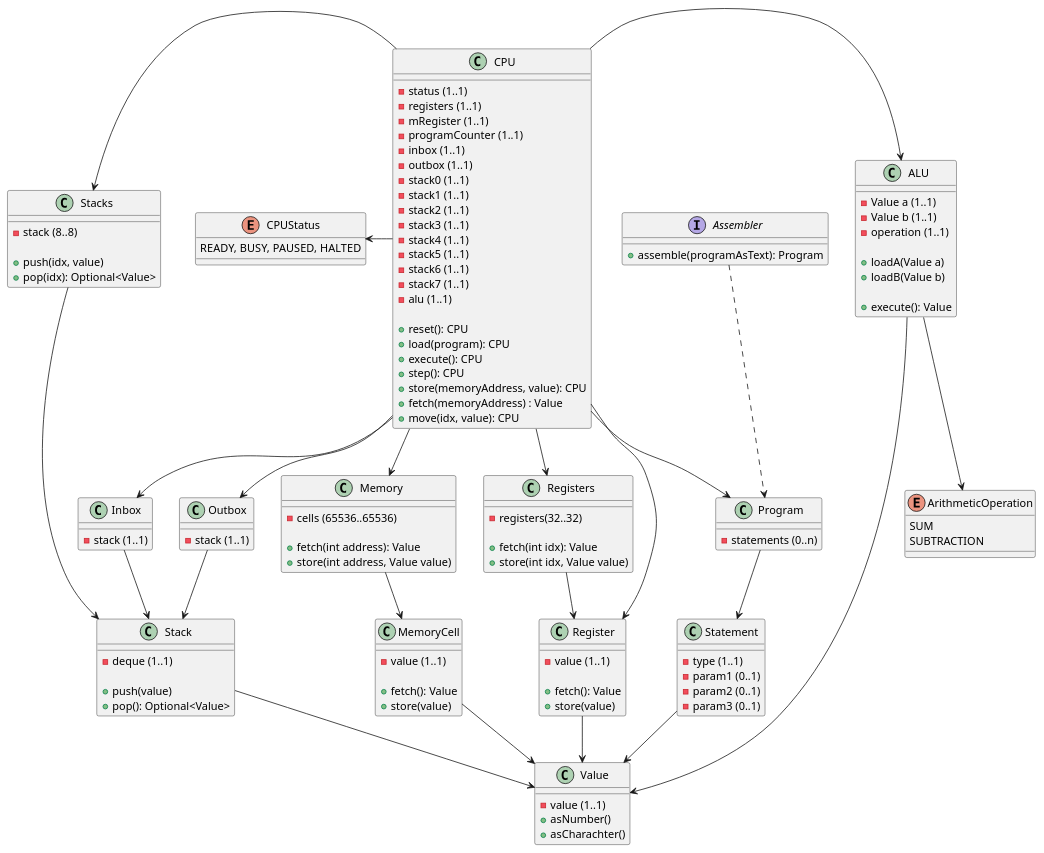
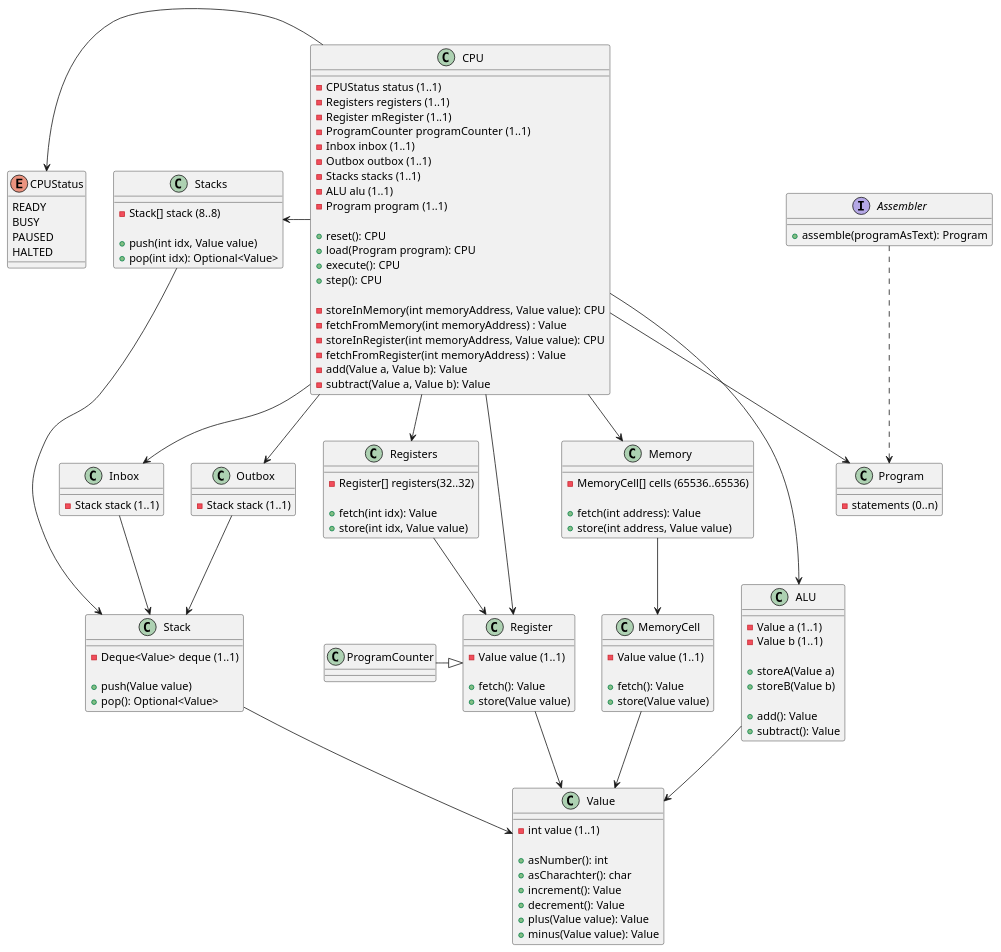
One commit to TristanoSuriani/HRM-assembly changed the diagram in docs/ClassDiagramCPU.puml. Above: the diagram before and after it, drawn with PlantUML. The commit also changed 8 other files, not shown here.

Commit message:
updated model. Implemented ALU, Inbox, Outbox, ProgramCounter and CPU. Added functionality to Value.

```diff
--- a/docs/ClassDiagramCPU.puml
+++ b/docs/ClassDiagramCPU.puml
@@ -1,144 +1,139 @@
 @startuml
 
 class Register {
-  -value (1..1)
+  -Value value (1..1)
 
   +fetch(): Value
-   +store(value)
+  +store(Value value)
+}
+
+class ProgramCounter {
 }
 
 class Registers {
-  -registers(32..32)
+  -Register[] registers(32..32)
 
   +fetch(int idx): Value
   +store(int idx, Value value)
 }
 
 class Inbox {
-  -stack (1..1)
+  -Stack stack (1..1)
 }
 
 class Stacks {
-  -stack (8..8)
+  -Stack[] stack (8..8)
 
-  +push(idx, value)
-  +pop(idx): Optional<Value>
+  +push(int idx, Value value)
+  +pop(int idx): Optional<Value>
 }
 
 class Stack {
-  -deque (1..1)
+  -Deque<Value> deque (1..1)
 
-  +push(value)
+  +push(Value value)
   +pop(): Optional<Value>
 }
 
 class Outbox
 {
-  -stack (1..1)
+  -Stack stack (1..1)
 }
 
 class ALU {
   -Value a (1..1)
   -Value b (1..1)
-  -operation (1..1)
 
-  +loadA(Value a)
-  +loadB(Value b)
+  +storeA(Value a)
+  +storeB(Value b)
 
-  +execute(): Value
-}
-
-enum ArithmeticOperation {
-  SUM
-  SUBTRACTION
+  +add(): Value
+  +subtract(): Value
 }
 
 class Memory {
-  -cells (65536..65536)
+  -MemoryCell[] cells (65536..65536)
 
   +fetch(int address): Value
   +store(int address, Value value)
 }
 
 class MemoryCell {
- -value (1..1)
+ -Value value (1..1)
 
  +fetch(): Value
- +store(value)
+ +store(Value value)
 }
 
 class Value {
-  -value (1..1)
-  +asNumber()
-  +asCharachter()
+  -int value (1..1)
+
+  +asNumber(): int
+  +asCharachter(): char
+  +increment(): Value
+  +decrement(): Value
+  +plus(Value value): Value
+  +minus(Value value): Value
 }
 
 class CPU {
-  -status (1..1)
-  -registers (1..1)
-  -mRegister (1..1)
-  -programCounter (1..1)
-  -inbox (1..1)
-  -outbox (1..1)
-  -stack0 (1..1)
-  -stack1 (1..1)
-  -stack2 (1..1)
-  -stack3 (1..1)
-  -stack4 (1..1)
-  -stack5 (1..1)
-  -stack6 (1..1)
-  -stack7 (1..1)
-  -alu (1..1)
+  -CPUStatus status (1..1)
+  -Registers registers (1..1)
+  -Register mRegister (1..1)
+  -ProgramCounter programCounter (1..1)
+  -Inbox inbox (1..1)
+  -Outbox outbox (1..1)
+  -Stacks stacks (1..1)
+  -ALU alu (1..1)
+  -Program program (1..1)
 
   +reset(): CPU
-  +load(program): CPU
+  +load(Program program): CPU
   +execute(): CPU
   +step(): CPU
-  +store(memoryAddress, value): CPU
-  +fetch(memoryAddress) : Value
-  +move(idx, value): CPU
+
+  -storeInMemory(int memoryAddress, Value value): CPU
+  -fetchFromMemory(int memoryAddress) : Value
+  -storeInRegister(int memoryAddress, Value value): CPU
+  -fetchFromRegister(int memoryAddress) : Value
+  -add(Value a, Value b): Value
+  -subtract(Value a, Value b): Value
 }
 
 enum CPUStatus {
-  READY, BUSY, PAUSED, HALTED
+  READY
+  BUSY
+  PAUSED
+  HALTED
 }
 
 class Program {
   -statements (0..n)
-}
-
-class Statement {
-  -type (1..1)
-  -param1 (0..1)
-  -param2 (0..1)
-  -param3 (0..1)
 }
 
 interface Assembler {
   +assemble(programAsText): Program
 }
 
 CPU -down-> Registers
 CPU -down-> Register
 CPU -down-> Inbox
 CPU -down-> Outbox
 CPU -right-> ALU
 CPU -down-> Memory
 CPU -left-> Stacks
 CPU -down-> Program
 CPU -left-> CPUStatus
 Memory -down-> MemoryCell
 Registers -down-> Register
 MemoryCell -down-> Value
 Register -down-> Value
 Inbox -down-> Stack
 Outbox -down-> Stack
 Stacks -down-> Stack
 Stack -down-> Value
 ALU -down-> Value
-ALU -down-> ArithmeticOperation
-Program -down-> Statement
-Statement -down-> Value
 Assembler .down.> Program
+ProgramCounter -right|> Register
 
 @enduml
```
